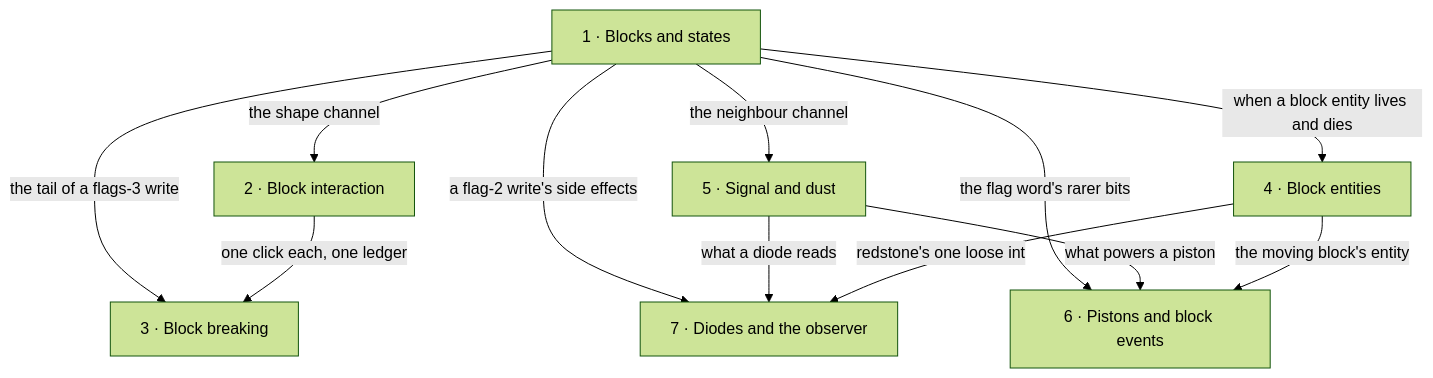
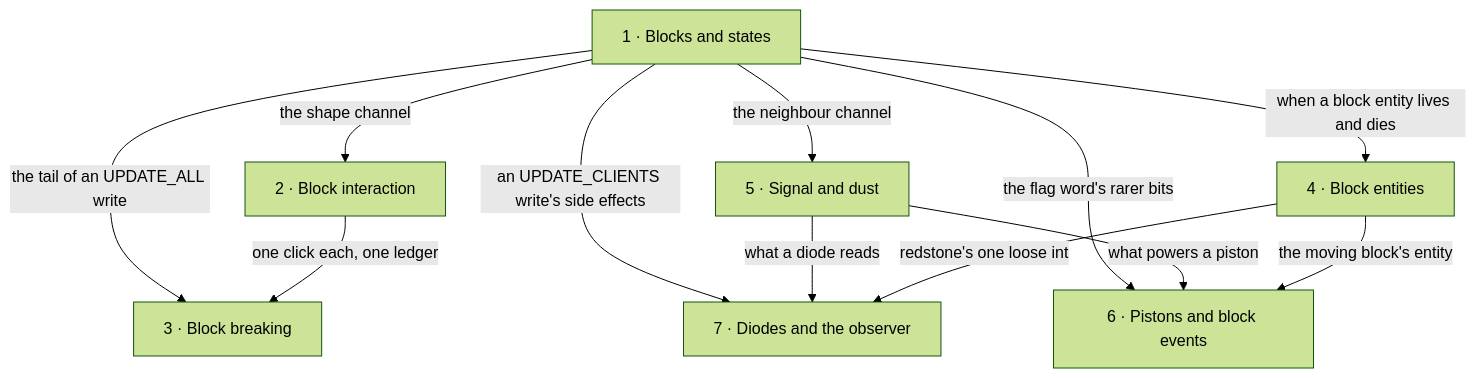
Before and after one commit to AlexanderjFraser/MinecraftDocs: the diagram in src/systems/blocks/README.md, drawn with Mermaid (forest theme). The commit also changed other lines of this file and 55 other files, not shown here.

First line of the commit message:
pass 7, session O — the close, before K: the figure gate strict, the landing figures read as one set, and one strike in thirty not borne out

````diff
--- a/src/systems/blocks/README.md
+++ b/src/systems/blocks/README.md
@@ -38,21 +38,21 @@
 ```mermaid
 flowchart TD
     BS["1 · Blocks and states"]
     BI["2 · Block interaction"]
     BB["3 · Block breaking"]
     BE["4 · Block entities"]
     SD["5 · Signal and dust"]
     PE["6 · Pistons and block events"]
     DO["7 · Diodes and the observer"]
     BS -- "the shape channel" --> BI
-    BS -- "the tail of a flags-3 write" --> BB
+    BS -- "the tail of an UPDATE_ALL write" --> BB
     BS -- "when a block entity lives and dies" --> BE
     BS -- "the neighbour channel" --> SD
     BS -- "the flag word's rarer bits" --> PE
-    BS -- "a flag-2 write's side effects" --> DO
+    BS -- "an UPDATE_CLIENTS write's side effects" --> DO
     BI -- "one click each, one ledger" --> BB
     SD -- "what powers a piston" --> PE
     SD -- "what a diode reads" --> DO
     BE -- "redstone's one loose int" --> DO
     BE -- "the moving block's entity" --> PE
 ```
````
